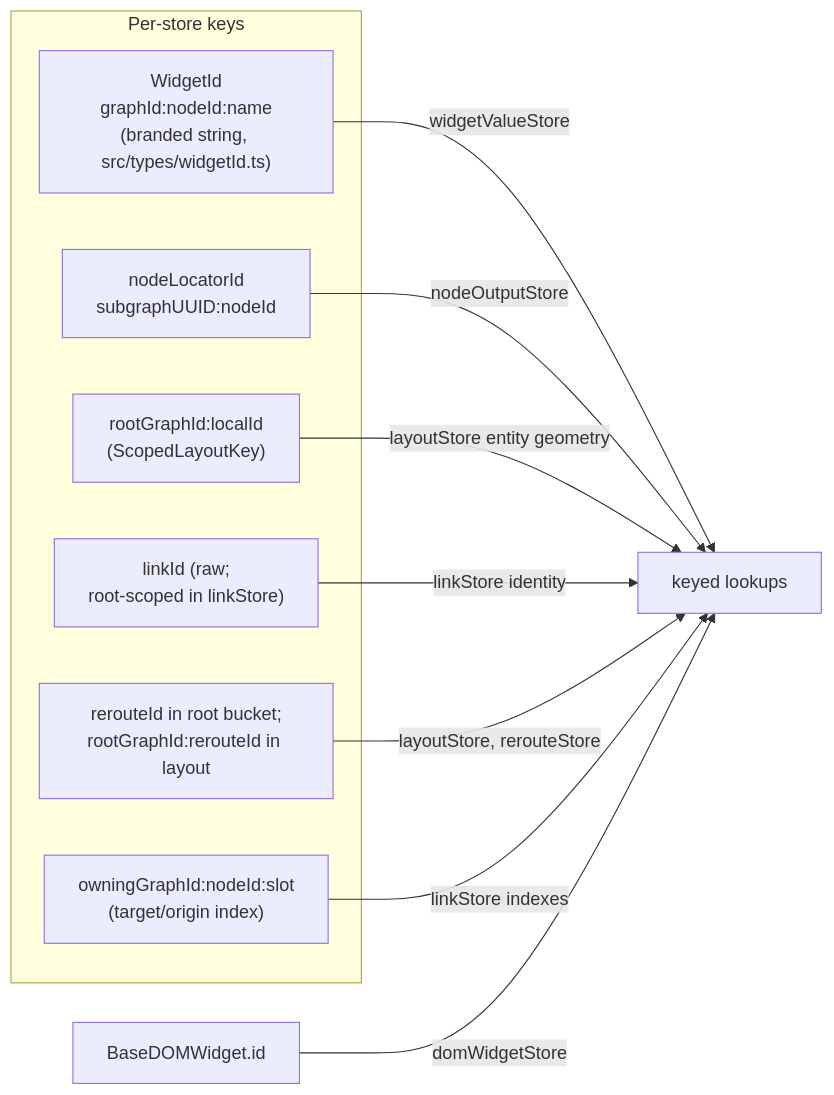
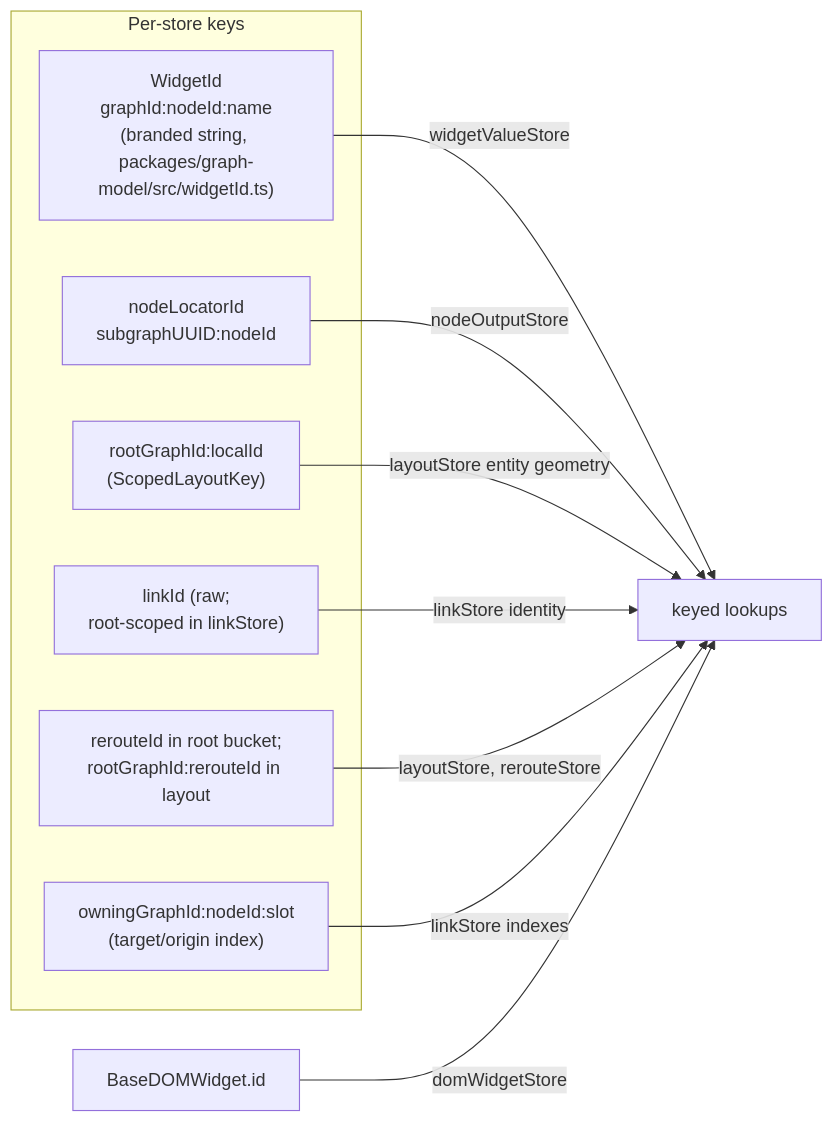
Before and after one commit to Comfy-Org/ComfyUI_frontend: the second of 12 diagrams in docs/architecture/ecs-target-architecture.md, drawn with Mermaid. The commit also changed other lines of this file and 21 other files, not shown here.

````diff
--- a/docs/architecture/ecs-target-architecture.md
+++ b/docs/architecture/ecs-target-architecture.md
@@ -64,26 +64,26 @@
 ```mermaid
 graph LR
     subgraph "Per-store keys"
         WID["WidgetId
 graphId:nodeId:name
-(branded string, src/types/widgetId.ts)"]
+(branded string, packages/graph-model/src/widgetId.ts)"]
         NLID["nodeLocatorId
 subgraphUUID:nodeId"]
         NID["rootGraphId:localId
 (ScopedLayoutKey)"]
         LID["linkId (raw;
 root-scoped in linkStore)"]
         RID["rerouteId in root bucket;
 rootGraphId:rerouteId in layout"]
         EPI["owningGraphId:nodeId:slot
 (target/origin index)"]
     end
 
     WID -->|widgetValueStore| W["keyed lookups"]
     DWID["BaseDOMWidget.id"] -->|domWidgetStore| W
     NLID -->|nodeOutputStore| W
     NID -->|layoutStore entity geometry| W
     LID -->|linkStore identity| W
     RID -->|layoutStore, rerouteStore| W
     EPI -->|linkStore indexes| W
 ```
````
